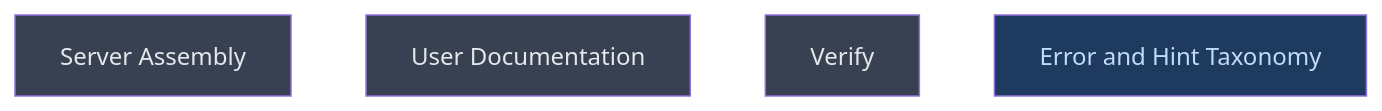
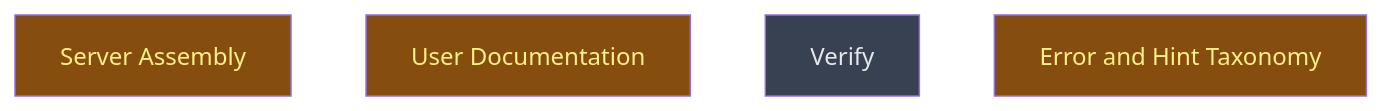
The diagram in __roadmap__/colgrep_mcp/build/tools/integrate/README.md (CrackingShells/colgrep-mcp), drawn with Mermaid before and after one commit. The commit also changed other lines of this file, not shown here.

Commit message:
docs(roadmap): start integrate leaves

````diff
--- a/__roadmap__/colgrep_mcp/build/tools/integrate/README.md
+++ b/__roadmap__/colgrep_mcp/build/tools/integrate/README.md
@@ -18,12 +18,12 @@
 ```mermaid
 graph TD
-    server_assembly[Server Assembly]:::planned
-    docs_readme[User Documentation]:::planned
+    server_assembly[Server Assembly]:::inprogress
+    docs_readme[User Documentation]:::inprogress
     verify[Verify]:::planned
-    error_taxonomy[Error and Hint Taxonomy]:::amendment
+    error_taxonomy[Error and Hint Taxonomy]:::inprogress
     classDef done       fill:#166534,color:#bbf7d0
     classDef inprogress fill:#854d0e,color:#fef08a
     classDef planned    fill:#374151,color:#e5e7eb
     classDef amendment  fill:#1e3a5f,color:#bfdbfe
     classDef blocked    fill:#7f1d1d,color:#fecaca
 ```
````
